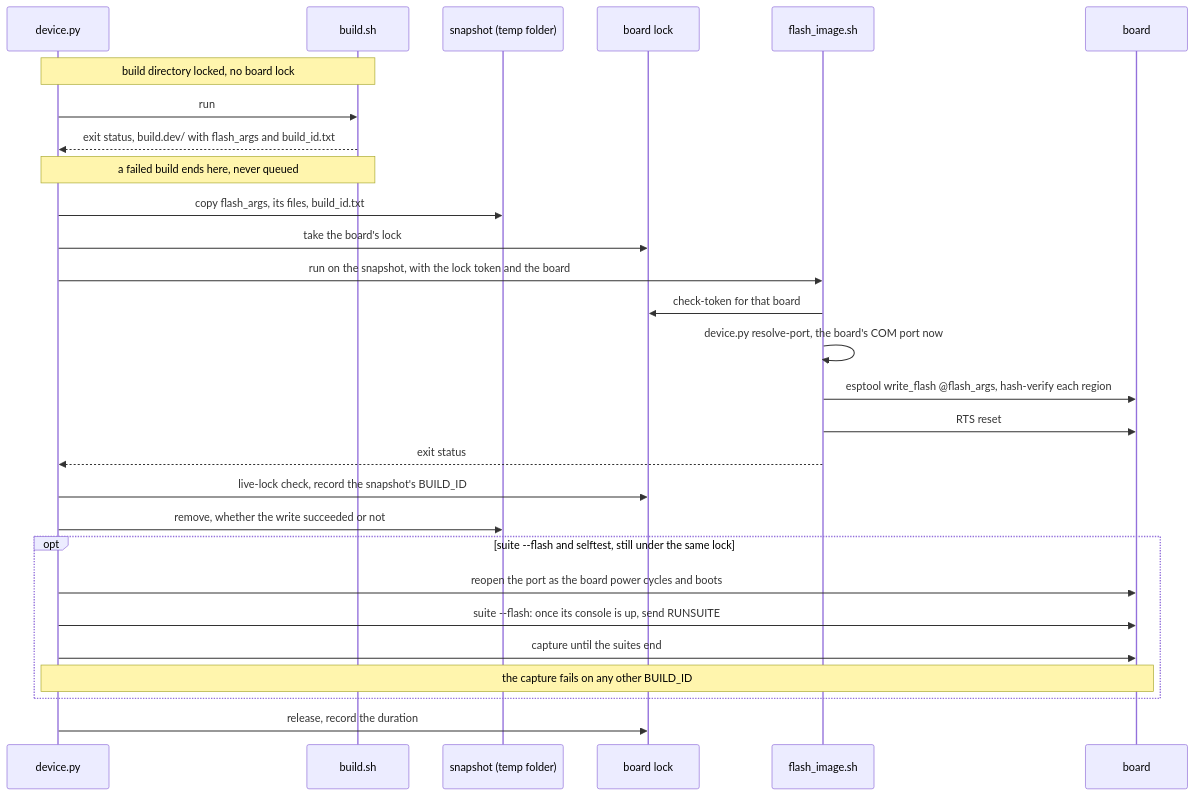
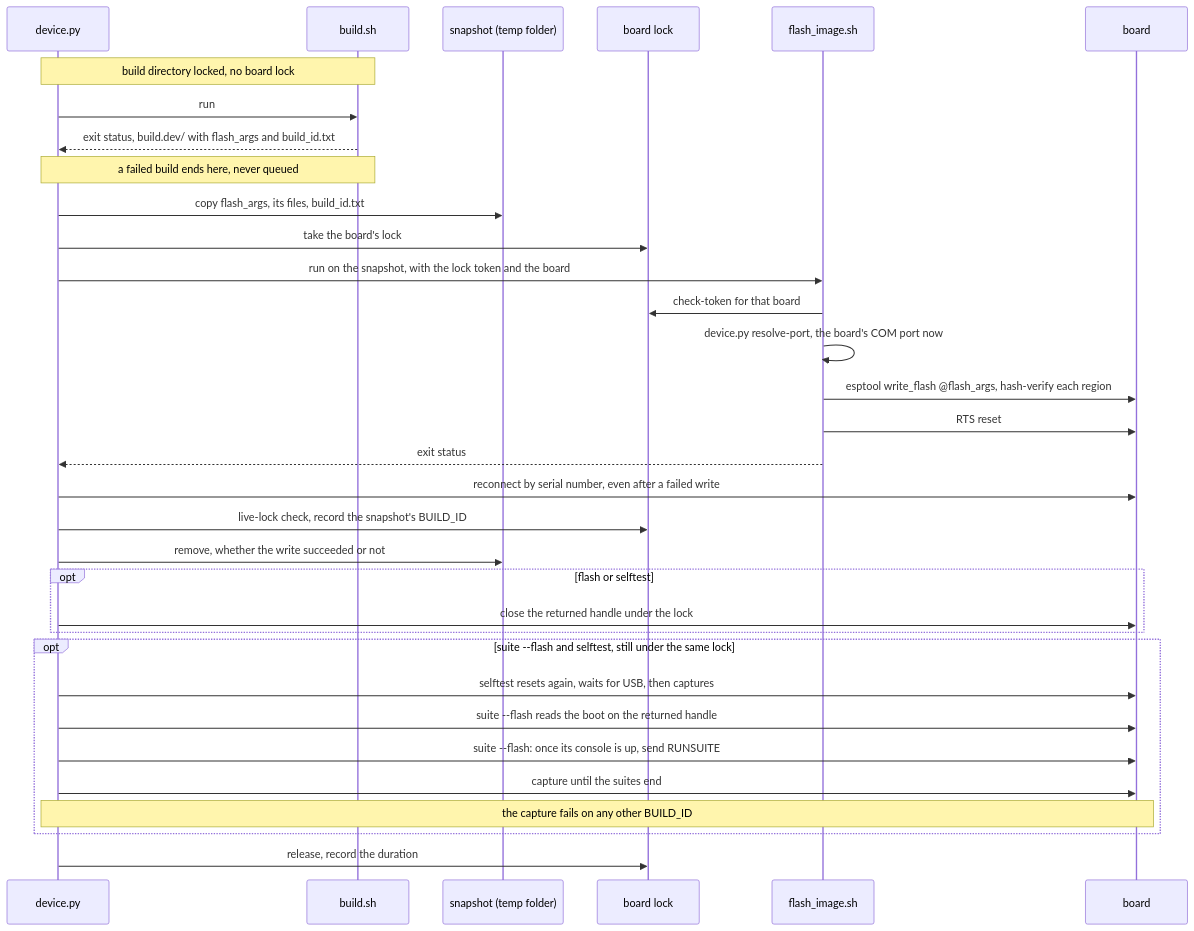
One commit to jose-villegas/autana changed the diagram in docs/tools/Flash-and-Captures.md. Above: the diagram before and after it, drawn with Mermaid. The commit also changed other lines of this file and 7 other files, not shown here.

First line of the commit message:
device: every reset waits for the board's port to leave USB and return by serial number (#847)

````diff
--- a/docs/tools/Flash-and-Captures.md
+++ b/docs/tools/Flash-and-Captures.md
@@ -41,31 +41,36 @@
 ```mermaid
 sequenceDiagram
     participant Dev as device.py
     participant Build as build.sh
     participant Snap as snapshot (temp folder)
     participant Lock as board lock
     participant Sh as flash_image.sh
     participant Board as board
 
     Note over Dev,Build: build directory locked, no board lock
     Dev->>Build: run
     Build-->>Dev: exit status, build.dev/ with flash_args and build_id.txt
     Note over Dev,Build: a failed build ends here, never queued
     Dev->>Snap: copy flash_args, its files, build_id.txt
     Dev->>Lock: take the board's lock
     Dev->>Sh: run on the snapshot, with the lock token and the board
     Sh->>Lock: check-token for that board
     Sh->>Sh: device.py resolve-port, the board's COM port now
     Sh->>Board: esptool write_flash @flash_args, hash-verify each region
     Sh->>Board: RTS reset
     Sh-->>Dev: exit status
+    Dev->>Board: reconnect by serial number, even after a failed write
     Dev->>Lock: live-lock check, record the snapshot's BUILD_ID
     Dev->>Snap: remove, whether the write succeeded or not
+    opt flash or selftest
+        Dev->>Board: close the returned handle under the lock
+    end
     opt suite --flash and selftest, still under the same lock
-        Dev->>Board: reopen the port as the board power cycles and boots
+        Dev->>Board: selftest resets again, waits for USB, then captures
+        Dev->>Board: suite --flash reads the boot on the returned handle
         Dev->>Board: suite --flash: once its console is up, send RUNSUITE
         Dev->>Board: capture until the suites end
         Note over Dev,Board: the capture fails on any other BUILD_ID
     end
     Dev->>Lock: release, record the duration
 ```
````
